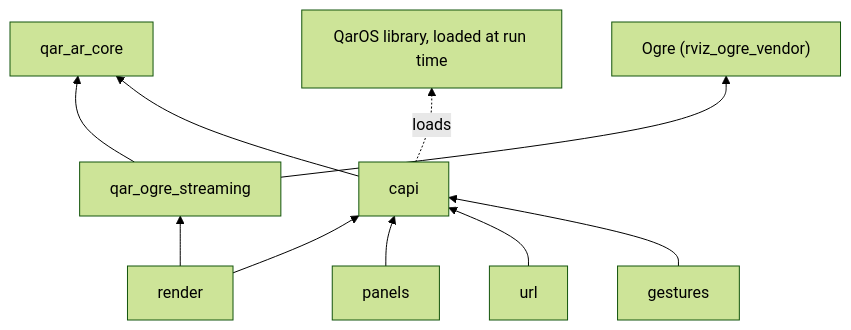
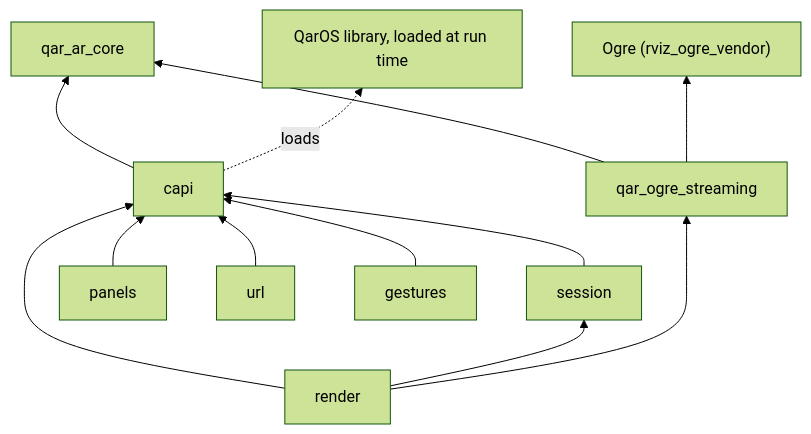
Before and after one commit to Quaternar/qaros-ogre: the first of 2 diagrams in docs/ARCHITECTURE.md, drawn with Mermaid (forest theme). The commit also changed other lines of this file and 16 other files, not shown here.

````diff
--- a/docs/ARCHITECTURE.md
+++ b/docs/ARCHITECTURE.md
@@ -7,21 +7,24 @@
 ```mermaid
 flowchart BT
   core["qar_ar_core"]
   ogre["qar_ogre_streaming"]
   capi["capi"]
+  session["session"]
   render["render"]
   panels["panels"]
   url["url"]
   gestures["gestures"]
   ogrelib["Ogre (rviz_ogre_vendor)"]
   dll["QarOS library, loaded at run time"]
   ogre --> core
   ogre --> ogrelib
   capi --> core
+  session --> capi
   render --> capi
+  render --> session
   render --> ogre
   panels --> capi
   url --> capi
   gestures --> capi
   capi -. loads .-> dll
 ```
````
